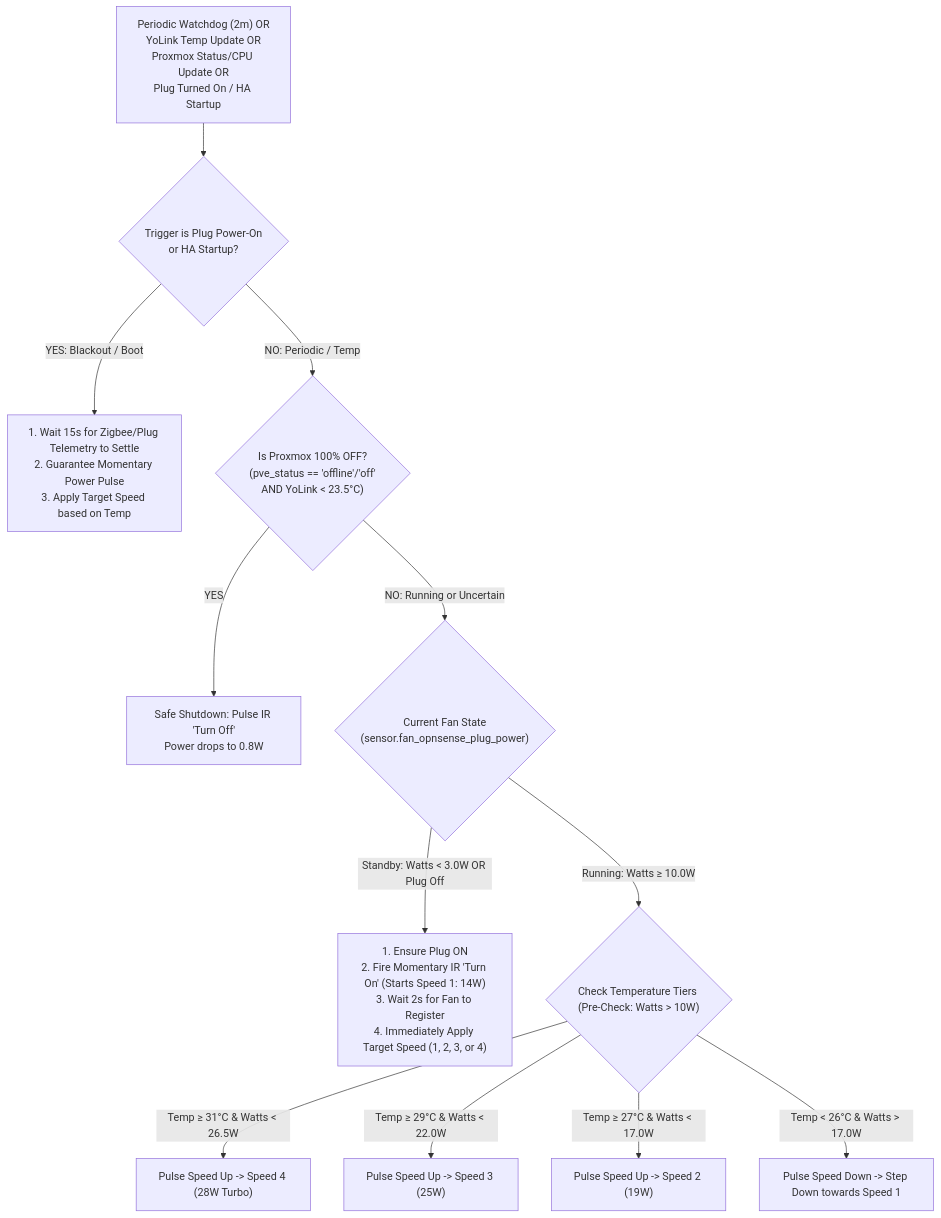
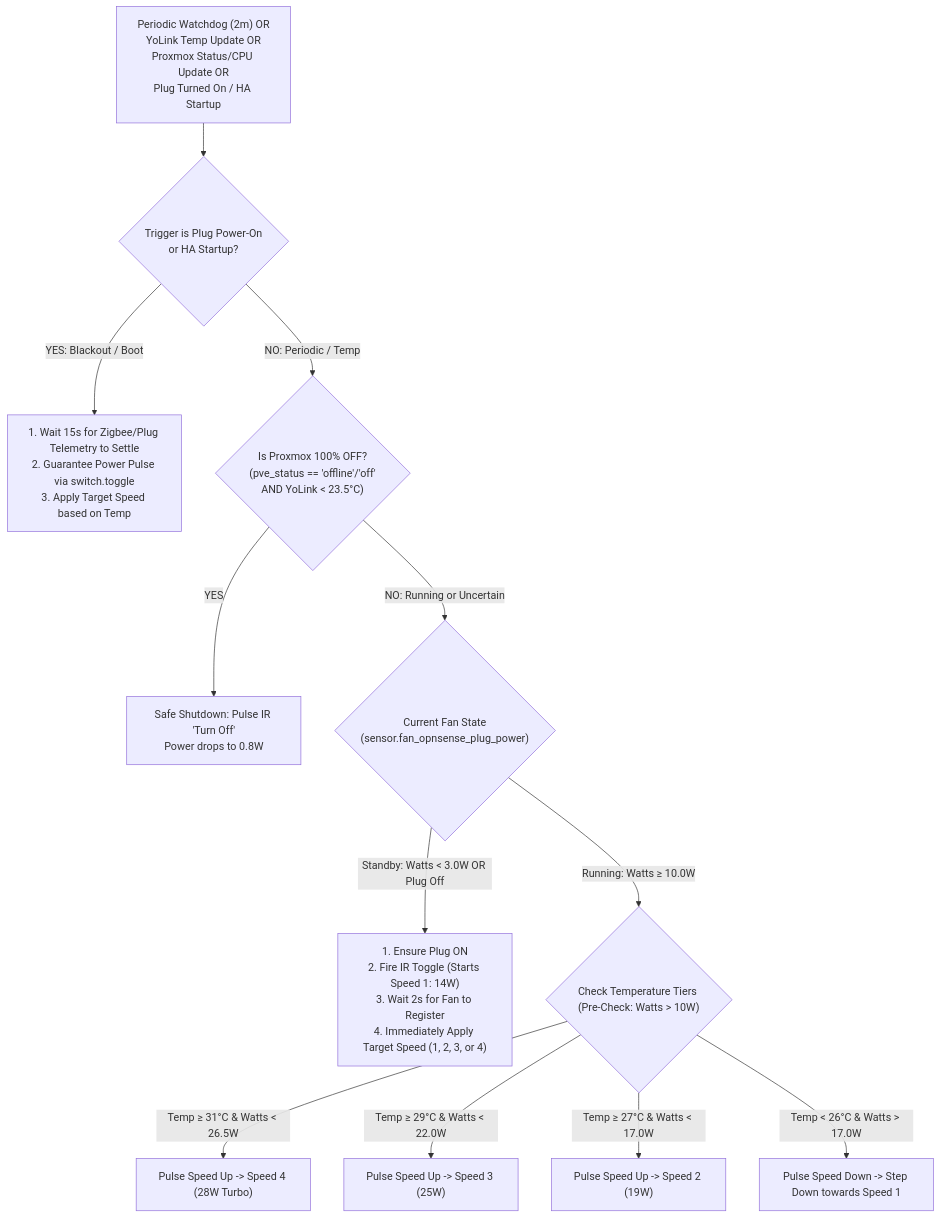
Before and after one commit to lganet/ha: the diagram in doc/2026-10-31-power-restored-fan-recovery-plan.md, drawn with Mermaid. The commit also changed other lines of this file and 1 other file, not shown here.

Commit message:
fix(automation): switch to mode restart and document verified outage recovery

````diff
--- a/doc/2026-10-31-power-restored-fan-recovery-plan.md
+++ b/doc/2026-10-31-power-restored-fan-recovery-plan.md
@@ -25,21 +25,21 @@
 ```mermaid
 flowchart TD
     Trigger["Periodic Watchdog (2m) OR<br/>YoLink Temp Update OR<br/>Proxmox Status/CPU Update OR<br/>Plug Turned On / HA Startup"] --> CheckTrigger{"Trigger is Plug Power-On<br/>or HA Startup?"}
 
-    CheckTrigger -->|YES: Blackout / Boot| BlackoutRecovery["1. Wait 15s for Zigbee/Plug Telemetry to Settle<br/>2. Guarantee Momentary Power Pulse<br/>3. Apply Target Speed based on Temp"]
+    CheckTrigger -->|YES: Blackout / Boot| BlackoutRecovery["1. Wait 15s for Zigbee/Plug Telemetry to Settle<br/>2. Guarantee Power Pulse via switch.toggle<br/>3. Apply Target Speed based on Temp"]
 
     CheckTrigger -->|NO: Periodic / Temp| CheckOff{"Is Proxmox 100% OFF?<br/>(pve_status == 'offline'/'off'<br/>AND YoLink < 23.5°C)"}
 
     CheckOff -->|YES| SafeOff["Safe Shutdown: Pulse IR 'Turn Off'<br/>Power drops to 0.8W"]
 
     CheckOff -->|NO: Running or Uncertain| CheckPower{"Current Fan State<br/>(sensor.fan_opnsense_plug_power)"}
 
-    CheckPower -->|Standby: Watts < 3.0W OR Plug Off| SelfHeal["1. Ensure Plug ON<br/>2. Fire Momentary IR 'Turn On' (Starts Speed 1: 14W)<br/>3. Wait 2s for Fan to Register<br/>4. Immediately Apply Target Speed (1, 2, 3, or 4)"]
+    CheckPower -->|Standby: Watts < 3.0W OR Plug Off| SelfHeal["1. Ensure Plug ON<br/>2. Fire IR Toggle (Starts Speed 1: 14W)<br/>3. Wait 2s for Fan to Register<br/>4. Immediately Apply Target Speed (1, 2, 3, or 4)"]
 
     CheckPower -->|Running: Watts ≥ 10.0W| SpeedTiers{"Check Temperature Tiers (Pre-Check: Watts > 10W)"}
 
     SpeedTiers -->|Temp ≥ 31°C & Watts < 26.5W| ToSpeed4["Pulse Speed Up -> Speed 4 (28W Turbo)"]
     SpeedTiers -->|Temp ≥ 29°C & Watts < 22.0W| ToSpeed3["Pulse Speed Up -> Speed 3 (25W)"]
     SpeedTiers -->|Temp ≥ 27°C & Watts < 17.0W| ToSpeed2["Pulse Speed Up -> Speed 2 (19W)"]
     SpeedTiers -->|Temp < 26°C & Watts > 17.0W| StepDown["Pulse Speed Down -> Step Down towards Speed 1"]
 ```
````
